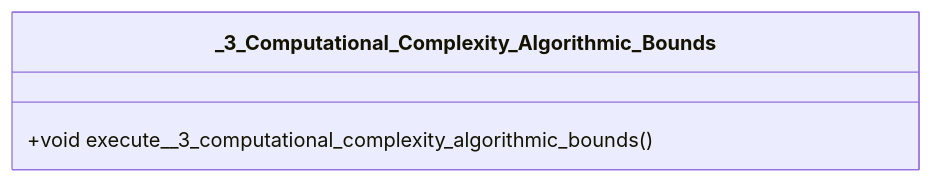
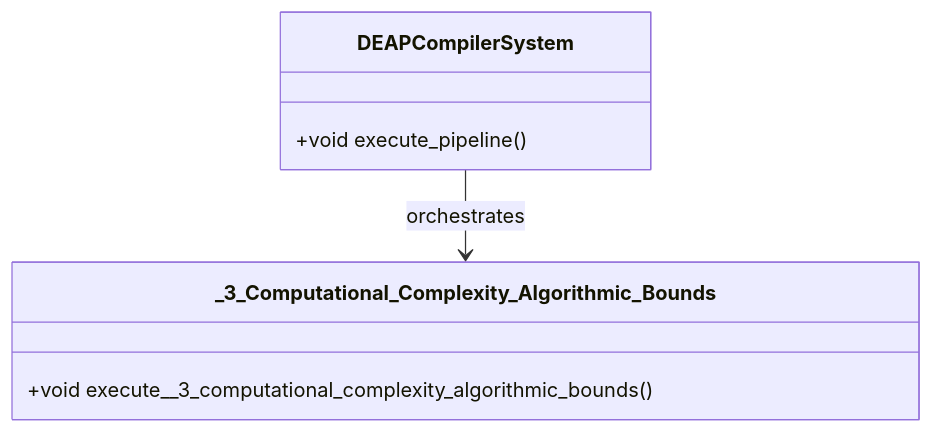
Before and after one commit to gintatkinson/dumpiler-01: the diagram in docs/features/FEAT-09-_3_Computational_Complexity_Algorithmic_Bounds.md, drawn with Mermaid. The commit also changed other lines of this file and 90 other files, not shown here.

````diff
--- a/docs/features/FEAT-09-_3_Computational_Complexity_Algorithmic_Bounds.md
+++ b/docs/features/FEAT-09-_3_Computational_Complexity_Algorithmic_Bounds.md
@@ -25,6 +25,10 @@
 ```mermaid
 classDiagram
+    class DEAPCompilerSystem {
+        +void execute_pipeline()
+    }
     class _3_Computational_Complexity_Algorithmic_Bounds {
         +void execute__3_computational_complexity_algorithmic_bounds()
     }
+    DEAPCompilerSystem --> _3_Computational_Complexity_Algorithmic_Bounds : orchestrates
 ```
````
